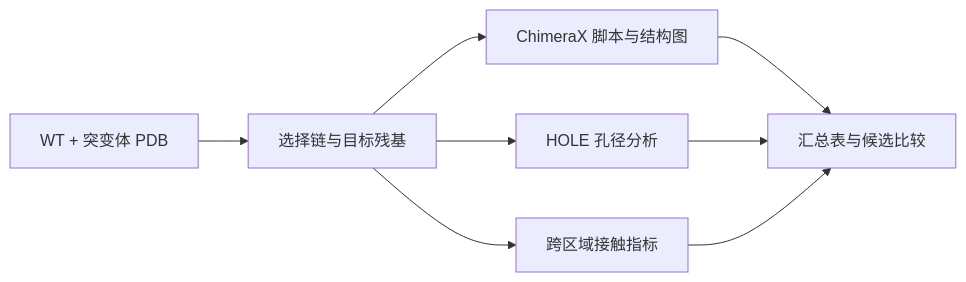
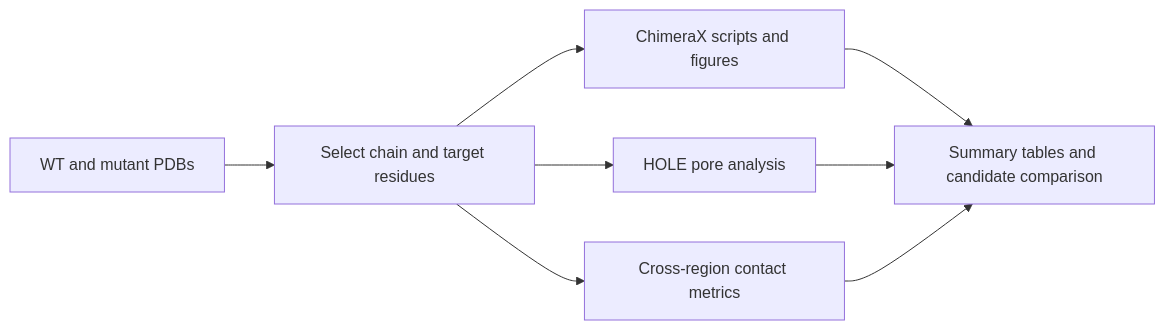
The diagram in README.md (kkkklck/Protein-processor), drawn with Mermaid before and after one commit. The commit also changed other lines of this file and 2 other files, not shown here.

````diff
--- a/README.md
+++ b/README.md
@@ -34,10 +34,10 @@
 ```mermaid
 flowchart LR
-    A[WT + 突变体 PDB] --> B[选择链与目标残基]
-    B --> C[ChimeraX 脚本与结构图]
-    B --> D[HOLE 孔径分析]
-    B --> E[跨区域接触指标]
-    C --> F[汇总表与候选比较]
+    A[WT and mutant PDBs] --> B[Select chain and target residues]
+    B --> C[ChimeraX scripts and figures]
+    B --> D[HOLE pore analysis]
+    B --> E[Cross-region contact metrics]
+    C --> F[Summary tables and candidate comparison]
     D --> F
     E --> F
 ```
````
